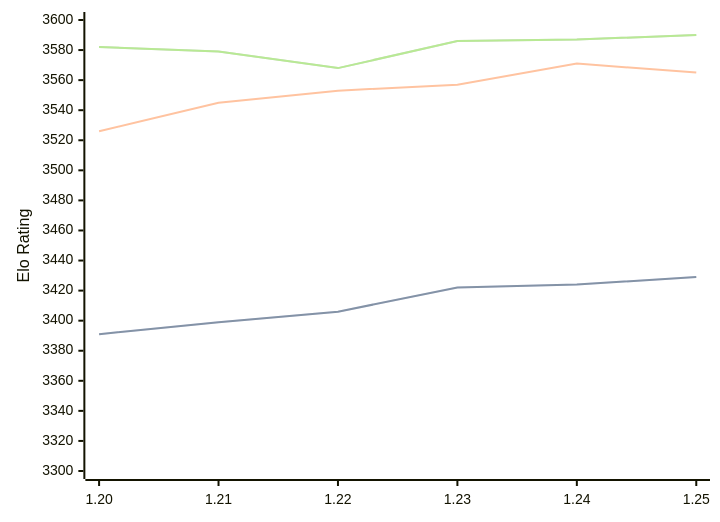
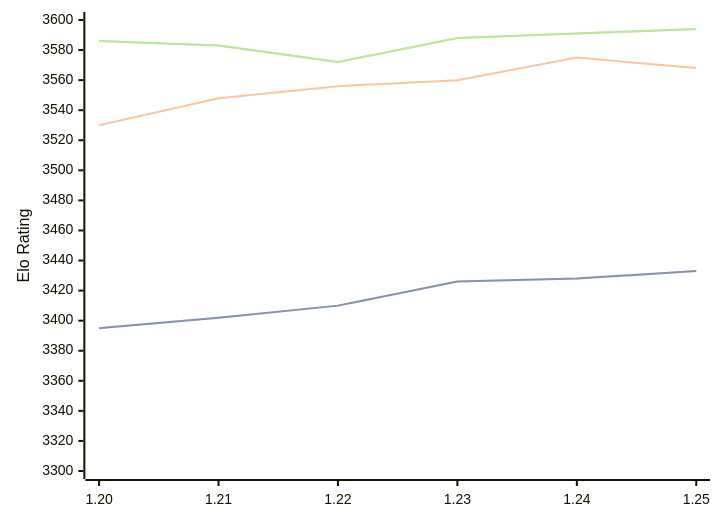
The diagram in engines/Caissa.md (computer-chess-index/cci), drawn with Mermaid before and after one commit. The commit also changed other lines of this file, not shown here.

Commit message:
Update CCI Ratings (ELO VLTC) - 2026-04-30

````diff
--- a/engines/Caissa.md
+++ b/engines/Caissa.md
@@ -65,11 +65,11 @@
 ```mermaid
 %%{init: {"theme":"base","themeVariables":{"seriesColors:['#a3a3a3','#222221','#faa371']}}}%%
 xychart-beta
   x-axis ["1.20", "1.21", "1.22", "1.23", "1.24", "1.25"]
   y-axis "Elo Rating" 3300 --> 3600
-  line "STC (8.0+0.08s)" [3391, 3399, 3406, 3422, 3424, 3429]
-  line "STC (8.0+0.08s)" [3391, 3399, 3406, 3422, 3424, 3429]
-  line "LTC (60.0+0.60s)" [3526, 3545, 3553, 3557, 3571, 3565]
-  line "VLTC (2m24s+1.12s)" [3582, 3579, 3568, 3586, 3587, 3590]
-  line "VLTC (2m24s+1.12s)" [3582, 3579, 3568, 3586, 3587, 3590]
+  line "STC (8.0+0.08s)" [3395, 3402, 3410, 3426, 3428, 3433]
+  line "STC (8.0+0.08s)" [3395, 3402, 3410, 3426, 3428, 3433]
+  line "LTC (60.0+0.60s)" [3530, 3548, 3556, 3560, 3575, 3568]
+  line "VLTC (2m24s+1.12s)" [3586, 3583, 3572, 3588, 3591, 3594]
+  line "VLTC (2m24s+1.12s)" [3586, 3583, 3572, 3588, 3591, 3594]
 ```
````
